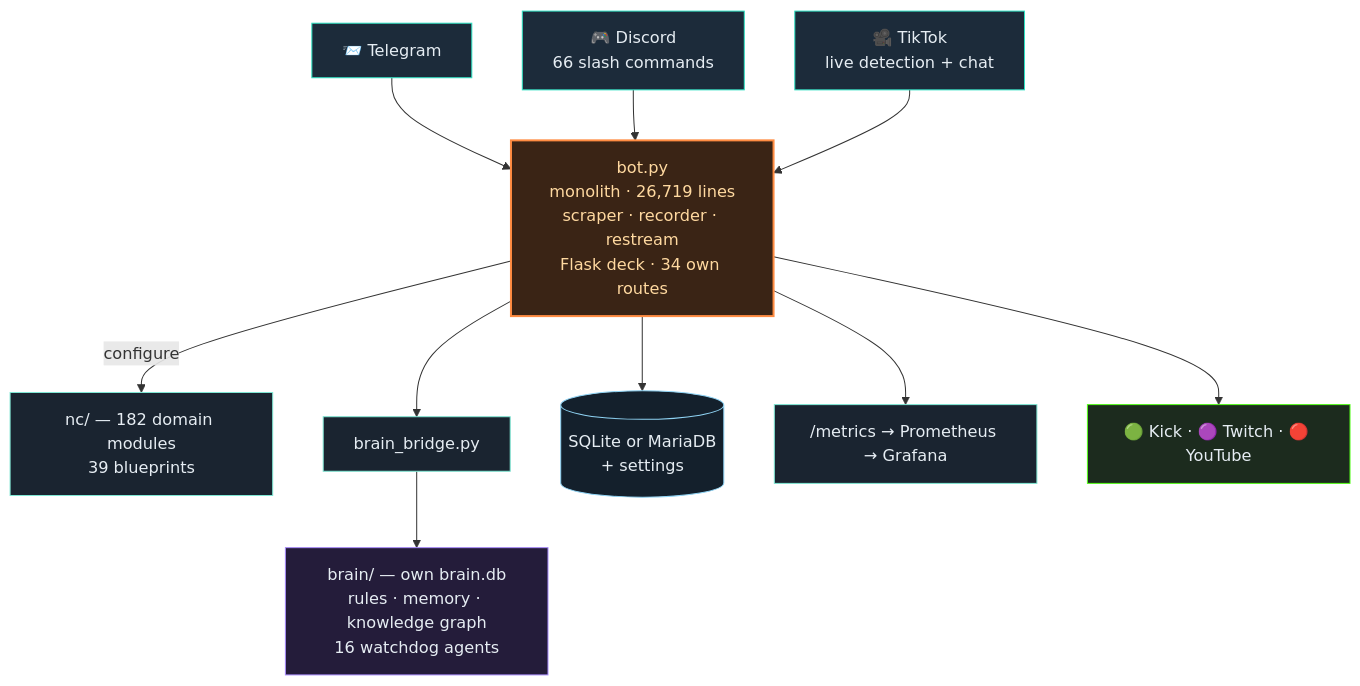
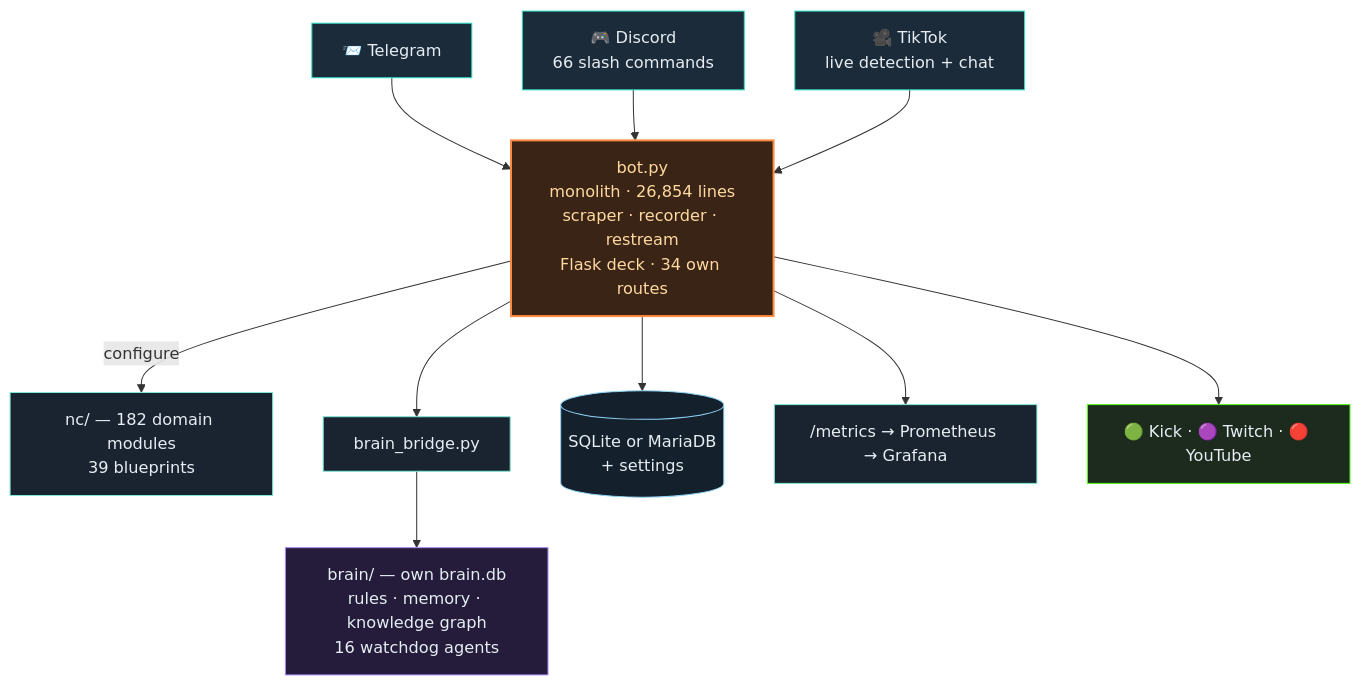
The second of 3 diagrams in README.en.md (itsamemedev/Telegram-Stream-Info-Bot), drawn with Mermaid before and after one commit. The commit also changed other lines of this file and 14 other files, not shown here.

````diff
--- a/README.en.md
+++ b/README.en.md
@@ -119,19 +119,19 @@
 ```mermaid
 flowchart TB
     TG["📨 Telegram"]:::ein --> BOT
     DC["🎮 Discord<br/>66 slash commands"]:::ein --> BOT
     TT["🎥 TikTok<br/>live detection + chat"]:::ein --> BOT
-    BOT["bot.py<br/>monolith · 26,719 lines<br/>scraper · recorder · restream<br/>Flask deck · 34 own routes"]:::core
+    BOT["bot.py<br/>monolith · 26,854 lines<br/>scraper · recorder · restream<br/>Flask deck · 34 own routes"]:::core
     BOT -->|configure| NC["nc/ — 182 domain modules<br/>39 blueprints"]:::lib
     BOT --> BR["brain_bridge.py"]:::lib
     BR --> BRAIN["brain/ — own brain.db<br/>rules · memory · knowledge graph<br/>16 watchdog agents"]:::brain
     BOT --> DB[("SQLite or MariaDB<br/>+ settings")]:::db
     BOT --> PROM["/metrics → Prometheus → Grafana"]:::lib
     BOT --> OUT["🟢 Kick · 🟣 Twitch · 🔴 YouTube"]:::out
     classDef ein fill:#1c2b3a,stroke:#2de1c2,color:#e6edf3
     classDef core fill:#3a2415,stroke:#ff8c42,stroke-width:2px,color:#ffd9a0
     classDef lib fill:#1a2430,stroke:#7fe7d4,color:#e6edf3
     classDef brain fill:#241c3a,stroke:#a78bfa,color:#e6edf3
     classDef db fill:#14202c,stroke:#8fd3f4,color:#e6edf3
     classDef out fill:#1c2b1e,stroke:#53fc18,color:#e6edf3
 ```
````
